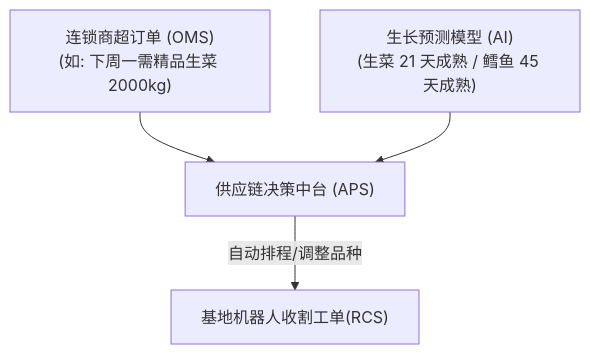
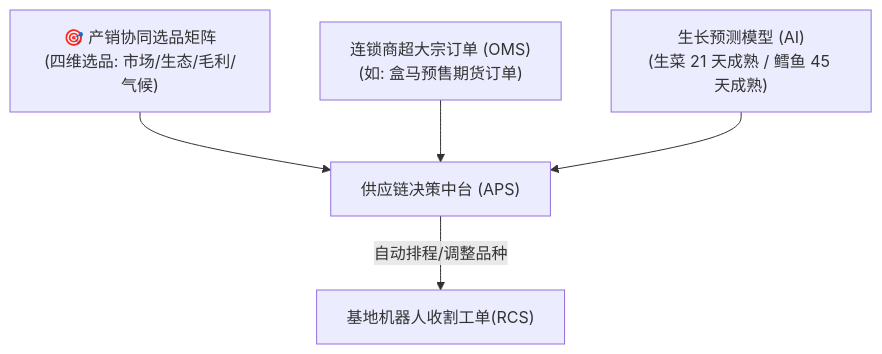
The diagram in docs/04_subsystems/05_供应链与业务中台.md (digitalboy/aquaponics), drawn with Mermaid before and after one commit. The commit also changed other lines of this file and 18 other files, not shown here.

````diff
--- a/docs/04_subsystems/05_供应链与业务中台.md
+++ b/docs/04_subsystems/05_供应链与业务中台.md
@@ -11,7 +11,8 @@
 ```mermaid
 flowchart TD
-    Order["连锁商超订单 (OMS)<br>(如: 下周一需精品生菜 2000kg)"] --> APS["供应链决策中台 (APS)"]
+    Select["🎯 产销协同选品矩阵<br>(四维选品: 市场/生态/毛利/气候)"] --> APS["供应链决策中台 (APS)"]
+    Order["连锁商超大宗订单 (OMS)<br>(如: 盒马预售期货订单)"] --> APS
     Model["生长预测模型 (AI)<br>(生菜 21 天成熟 / 鳕鱼 45 天成熟)"] --> APS
     
     APS -->|自动排程/调整品种| RCS["基地机器人收割工单(RCS)"]
 ```
````
